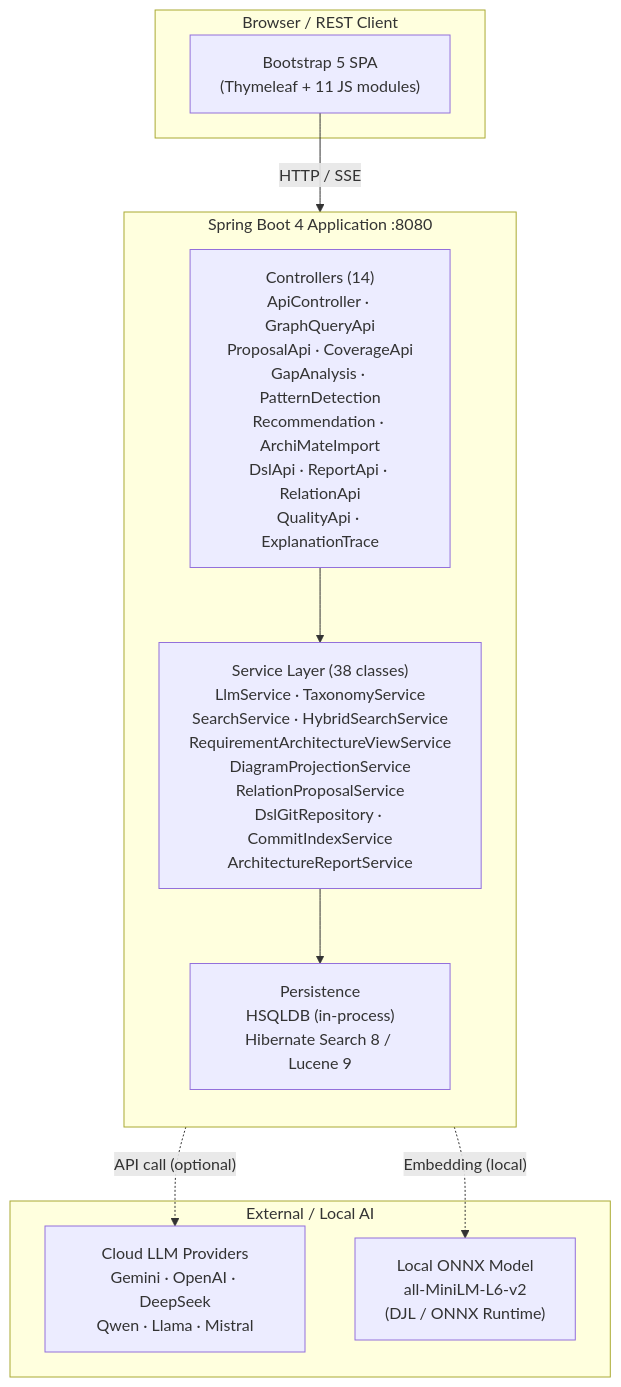
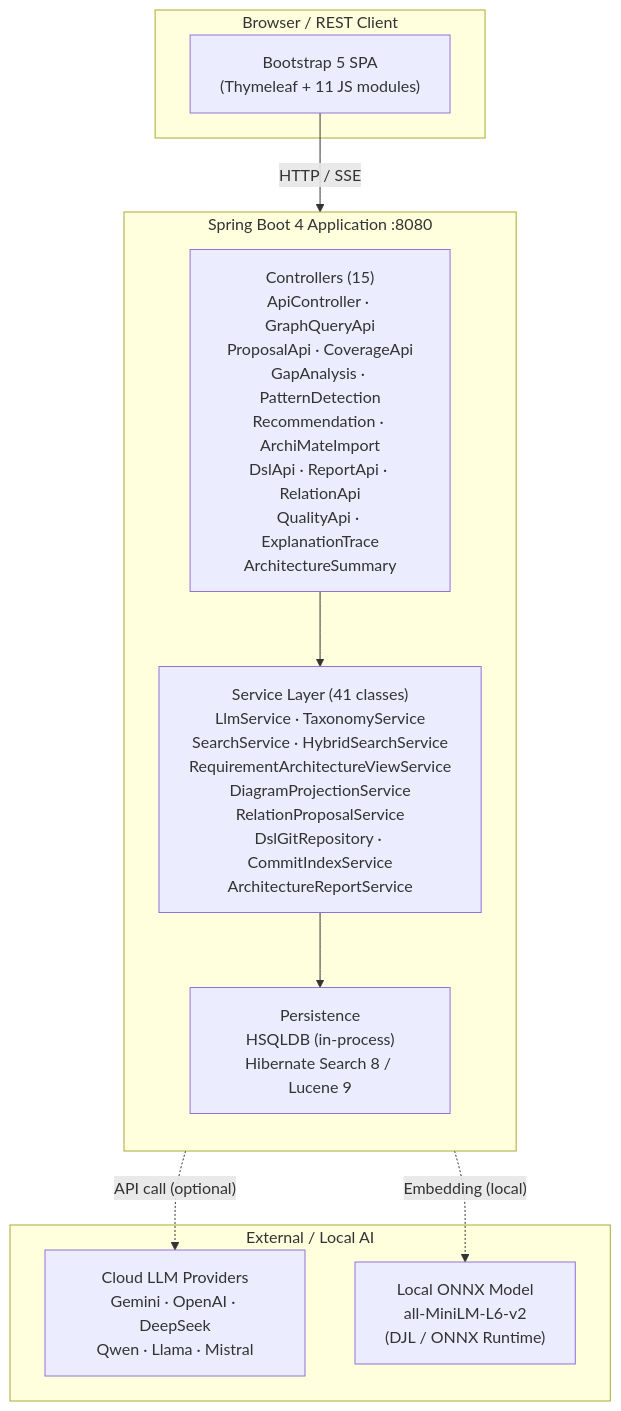
One commit to carstenartur/Taxonomy changed the first of 5 diagrams in docs/ARCHITECTURE.md. Above: the diagram before and after it, drawn with Mermaid. The commit also changed 4 other files, not shown here.

Commit message:
Fix stale counts in documentation: controllers 14→15, DTOs 40/44→43, tests ~667→~716, services 38→41, entities 9→10, repositories 8→10, config 11→13, JS lines 6600→7200

````diff
--- a/docs/ARCHITECTURE.md
+++ b/docs/ARCHITECTURE.md
@@ -34,24 +34,24 @@
 ```mermaid
 graph TB
     subgraph Client["Browser / REST Client"]
         UI["Bootstrap 5 SPA<br/>(Thymeleaf + 11 JS modules)"]
     end
 
     subgraph App["Spring Boot 4 Application :8080"]
         direction TB
-        Controllers["Controllers (14)<br/>ApiController · GraphQueryApi<br/>ProposalApi · CoverageApi<br/>GapAnalysis · PatternDetection<br/>Recommendation · ArchiMateImport<br/>DslApi · ReportApi · RelationApi<br/>QualityApi · ExplanationTrace"]
-        Services["Service Layer (38 classes)<br/>LlmService · TaxonomyService<br/>SearchService · HybridSearchService<br/>RequirementArchitectureViewService<br/>DiagramProjectionService<br/>RelationProposalService<br/>DslGitRepository · CommitIndexService<br/>ArchitectureReportService"]
+        Controllers["Controllers (15)<br/>ApiController · GraphQueryApi<br/>ProposalApi · CoverageApi<br/>GapAnalysis · PatternDetection<br/>Recommendation · ArchiMateImport<br/>DslApi · ReportApi · RelationApi<br/>QualityApi · ExplanationTrace<br/>ArchitectureSummary"]
+        Services["Service Layer (41 classes)<br/>LlmService · TaxonomyService<br/>SearchService · HybridSearchService<br/>RequirementArchitectureViewService<br/>DiagramProjectionService<br/>RelationProposalService<br/>DslGitRepository · CommitIndexService<br/>ArchitectureReportService"]
         Persistence["Persistence<br/>HSQLDB (in-process)<br/>Hibernate Search 8 / Lucene 9"]
     end
 
     subgraph External["External / Local AI"]
         LLM["Cloud LLM Providers<br/>Gemini · OpenAI · DeepSeek<br/>Qwen · Llama · Mistral"]
         ONNX["Local ONNX Model<br/>all-MiniLM-L6-v2<br/>(DJL / ONNX Runtime)"]
     end
 
     UI -->|"HTTP / SSE"| Controllers
     Controllers --> Services
     Services --> Persistence
     Services -.->|"API call (optional)"| LLM
     Services -.->|"Embedding (local)"| ONNX
 ```
````
